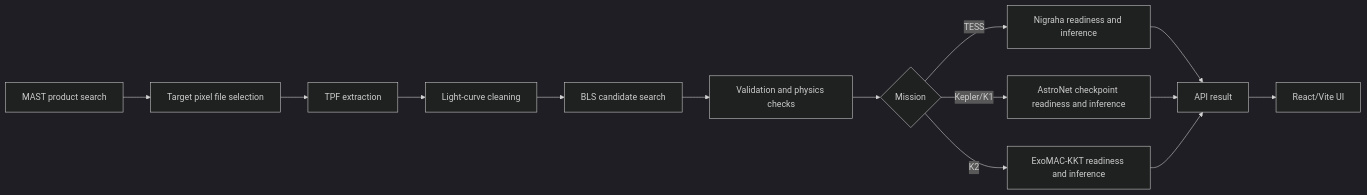
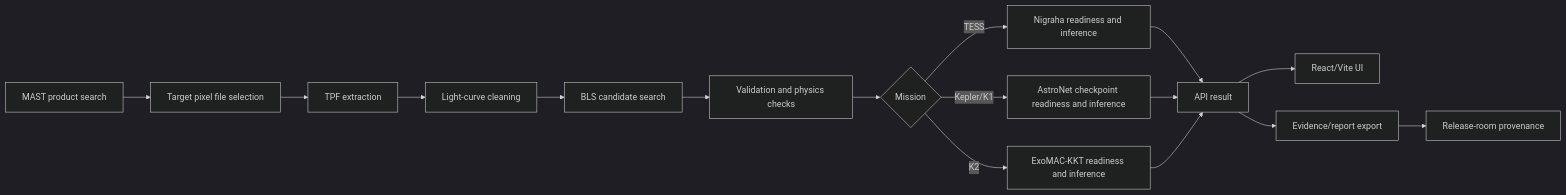
Before and after one commit to ScientificAJ/OrbitLab: the diagram in docs/ARCHITECTURE.md, drawn with Mermaid (dark theme). The commit also changed other lines of this file and 20 other files, not shown here.

Commit message:
Refresh documentation for release provenance

````diff
--- a/docs/ARCHITECTURE.md
+++ b/docs/ARCHITECTURE.md
@@ -5,16 +7,18 @@
 ```mermaid
 flowchart LR
     A[MAST product search] --> B[Target pixel file selection]
     B --> C[TPF extraction]
     C --> D[Light-curve cleaning]
     D --> E[BLS candidate search]
     E --> F[Validation and physics checks]
     F --> G{Mission}
     G -->|TESS| H[Nigraha readiness and inference]
     G -->|Kepler/K1| I[AstroNet checkpoint readiness and inference]
     G -->|K2| J[ExoMAC-KKT readiness and inference]
     H --> L[API result]
     I --> L
     J --> L
     L --> M[React/Vite UI]
+    L --> N[Evidence/report export]
+    N --> O[Release-room provenance]
 ```
````
